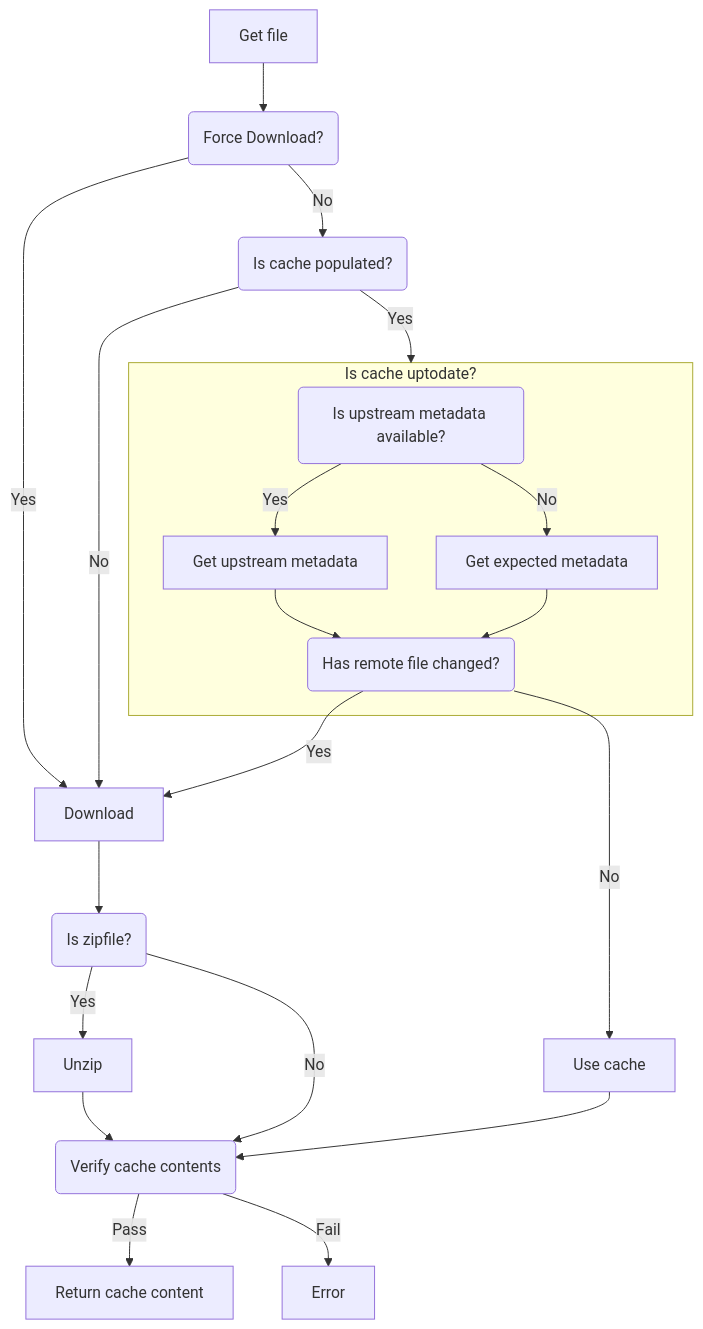
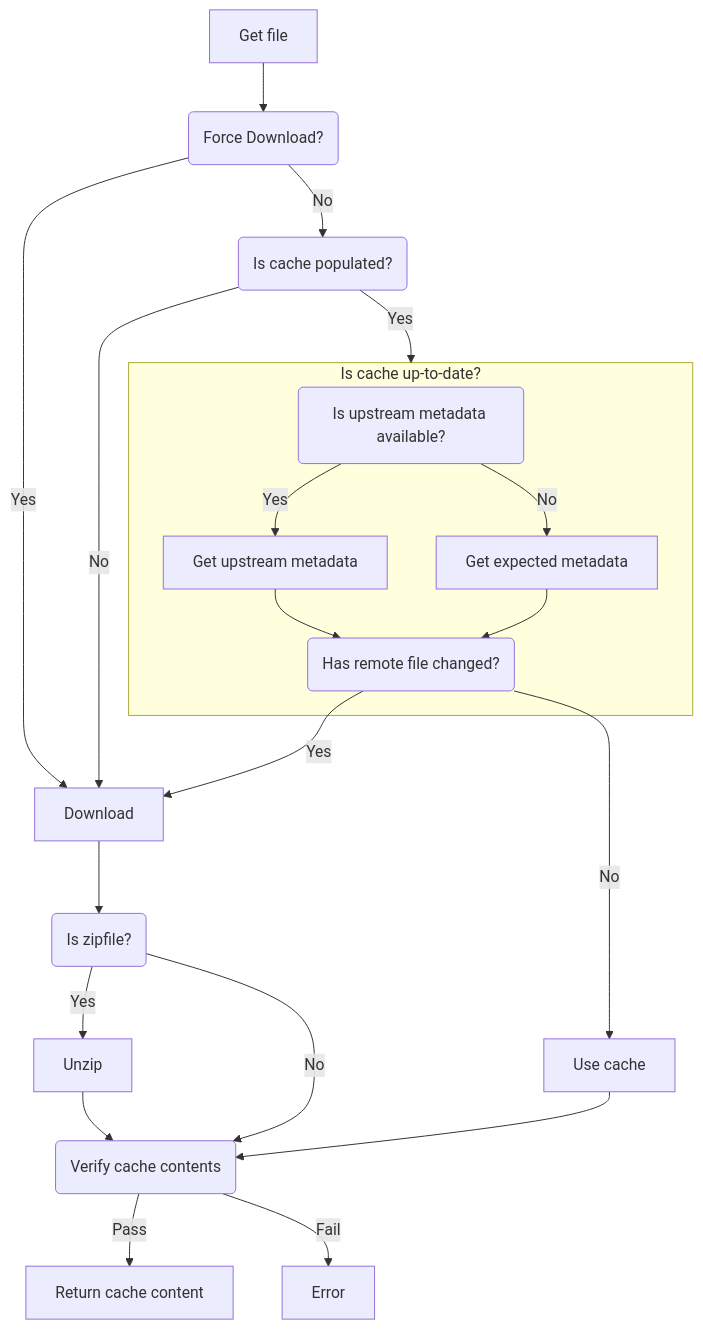
One commit to Urban-Analytics-Technology-Platform/poppusher changed the diagram in caching_etc.md. Above: the diagram before and after it, drawn with Mermaid. The commit also changed other lines of this file and 51 other files, not shown here.

````diff
--- a/caching_etc.md
+++ b/caching_etc.md
@@ -5,30 +6,30 @@
 ```mermaid
 flowchart TD
     start[Get file] --> force_download(Force Download?)
     force_download -->|Yes| do_download[Download]
     force_download -->|No| cache_full(Is cache populated?)
     do_download --> is_zipfile(Is zipfile?)
 
     cache_full --> |Yes| is_cache_uptodate
     cache_full --> |No| do_download
 
-    subgraph is_cache_uptodate[Is cache uptodate?]
+    subgraph is_cache_uptodate[Is cache up-to-date?]
         metadata(Is upstream metadata available?)
         metadata --> |Yes| get_upstream_metadata[Get upstream metadata]
         metadata --> |No| get_expected_metadata[Get expected metadata]
         get_upstream_metadata --> has_remote_file_changed(Has remote file changed?)
         get_expected_metadata --> has_remote_file_changed
     end
 
     has_remote_file_changed --> |Yes| do_download
     has_remote_file_changed --> |No| use_cache[Use cache]
 
     is_zipfile --> |Yes| unzip[Unzip]
     unzip --> verify_cache_contents(Verify cache contents)
     is_zipfile --> |No| verify_cache_contents
 
     use_cache --> verify_cache_contents
 
     verify_cache_contents --> |Pass| return_cache_content[Return cache content]
     verify_cache_contents --> |Fail| Error
 ```
````
